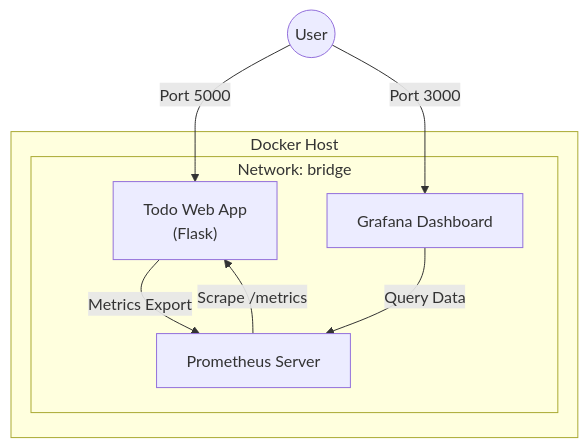
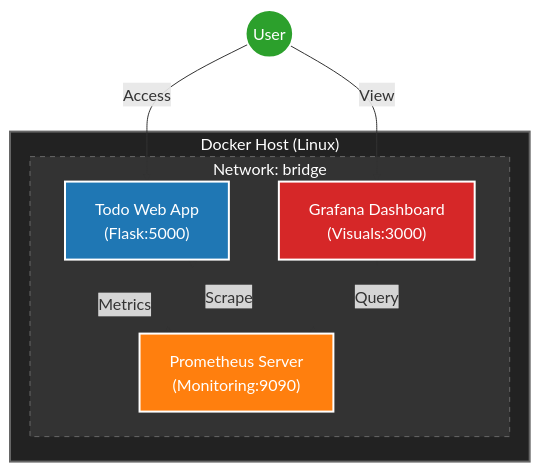
Before and after one commit to DEVENDRA4774/DevOps-Todo-Web-App: the first of 3 diagrams in README.md, drawn with Mermaid. The commit also changed other lines of this file, not shown here.

Commit message:
docs: improve visibility and styling for all diagrams

````diff
--- a/README.md
+++ b/README.md
@@ -43,16 +43,23 @@
 ```mermaid
 graph TD
-    subgraph "Docker Host"
-        subgraph "Network: bridge"
-            WebApp["Todo Web App<br/>(Flask)"]
-            Prometheus["Prometheus Server"]
-            Grafana["Grafana Dashboard"]
+    subgraph Host ["Docker Host (Linux)"]
+        subgraph Net ["Network: bridge"]
+            WebApp["Todo Web App<br/>(Flask:5000)"]
+            Prometheus["Prometheus Server<br/>(Monitoring:9090)"]
+            Grafana["Grafana Dashboard<br/>(Visuals:3000)"]
         end
     end
 
-    User((User)) -->|Port 5000| WebApp
-    User -->|Port 3000| Grafana
-    WebApp -->|Metrics Export| Prometheus
-    Prometheus -->|Scrape /metrics| WebApp
-    Grafana -->|Query Data| Prometheus
+    User((User)) -->|Access| WebApp
+    User -->|View| Grafana
+    WebApp -- "Metrics" --> Prometheus
+    Prometheus -- "Scrape" --> WebApp
+    Grafana -- "Query" --> Prometheus
+
+    style Host fill:#222,stroke:#666,stroke-width:2px,color:#fff
+    style Net fill:#333,stroke:#666,stroke-dasharray: 5 5,color:#fff
+    style WebApp fill:#1f77b4,stroke:#fff,stroke-width:2px,color:#fff
+    style Prometheus fill:#ff7f0e,stroke:#fff,stroke-width:2px,color:#fff
+    style Grafana fill:#d62728,stroke:#fff,stroke-width:2px,color:#fff
+    style User fill:#2ca02c,stroke:#fff,stroke-width:2px,color:#fff
 ```
````
